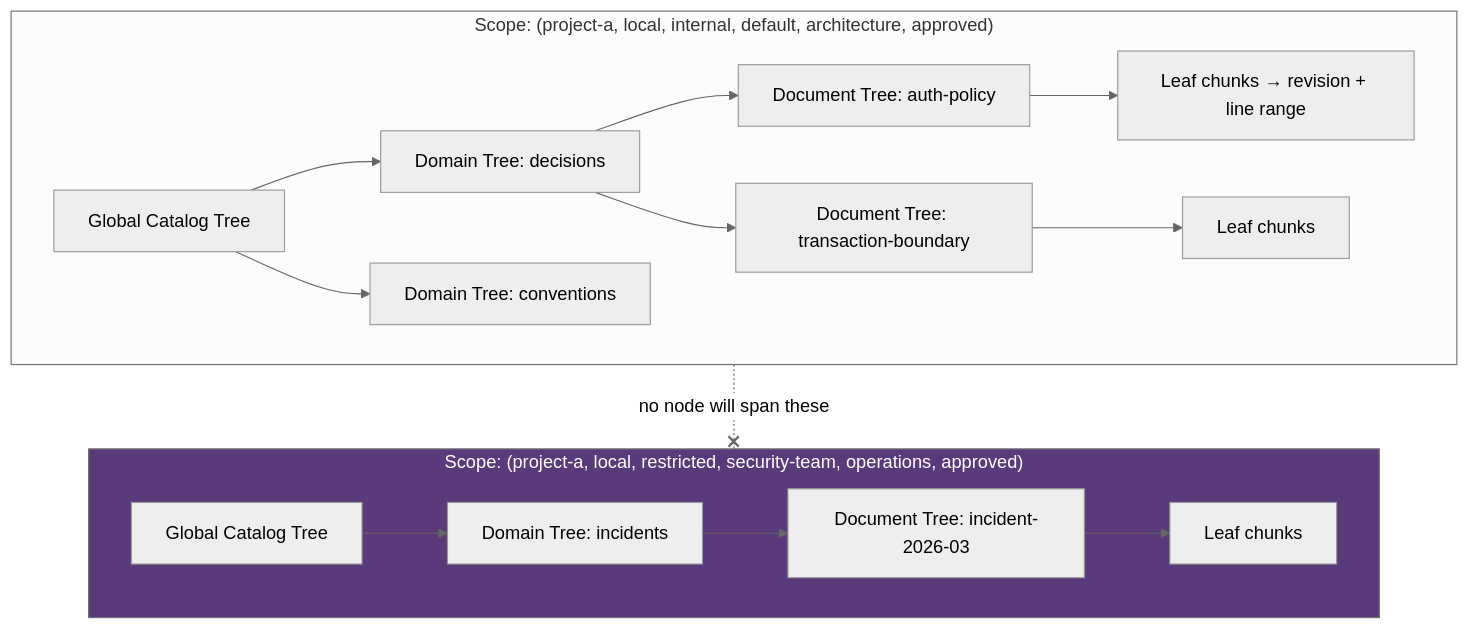
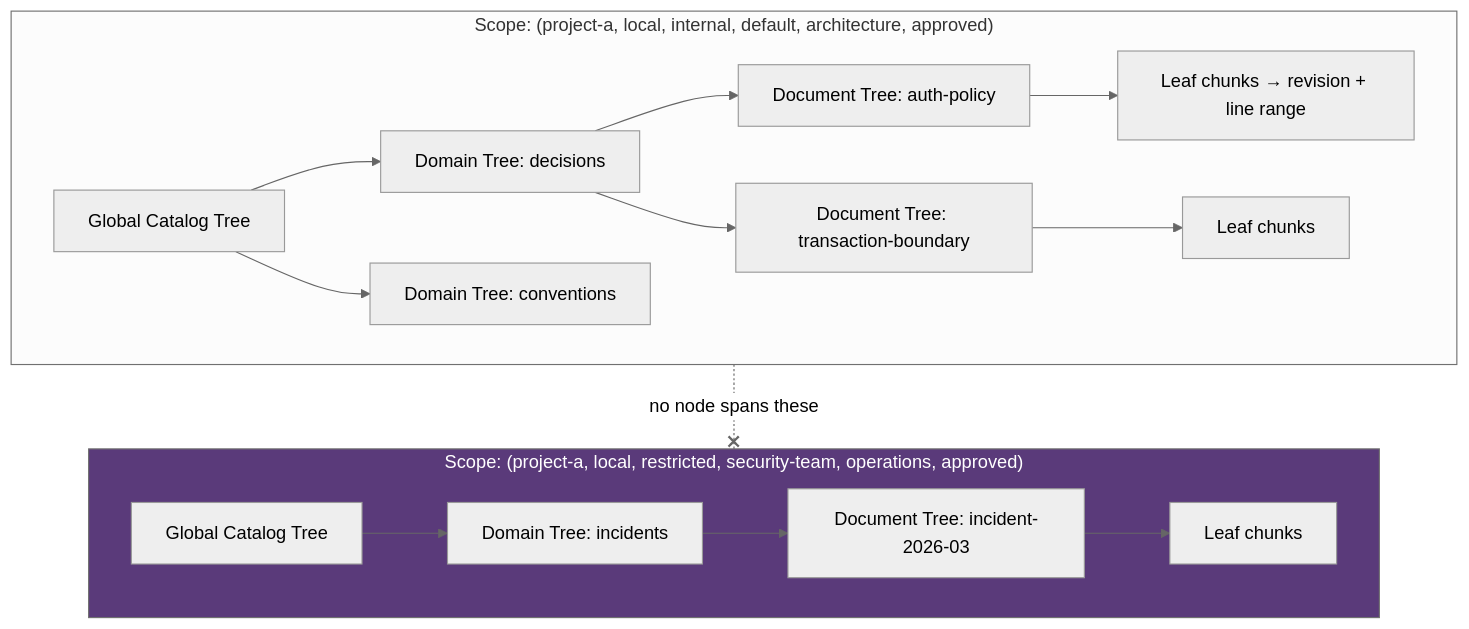
One commit to theurian/theurian changed the first of 3 diagrams in docs/architecture/raptor.md. Above: the diagram before and after it, drawn with Mermaid (neutral theme). The commit also changed other lines of this file and 16 other files, not shown here.

````diff
--- a/docs/architecture/raptor.md
+++ b/docs/architecture/raptor.md
@@ -50,23 +51,23 @@
 ```mermaid
 flowchart TB
     subgraph Scope1["Scope: (project-a, local, internal, default, architecture, approved)"]
         GC1["Global Catalog Tree"]
         GC1 --> DT1["Domain Tree: decisions"]
         GC1 --> DT2["Domain Tree: conventions"]
         DT1 --> DOC1["Document Tree: auth-policy"]
         DT1 --> DOC2["Document Tree: transaction-boundary"]
         DOC1 --> L1["Leaf chunks → revision + line range"]
         DOC2 --> L2["Leaf chunks"]
     end
 
     subgraph Scope2["Scope: (project-a, local, restricted, security-team, operations, approved)"]
         GC2["Global Catalog Tree"]
         GC2 --> DT3["Domain Tree: incidents"]
         DT3 --> DOC3["Document Tree: incident-2026-03"]
         DOC3 --> L3["Leaf chunks"]
     end
 
-    Scope1 -. "no node will span these" .-x Scope2
+    Scope1 -. "no node spans these" .-x Scope2
 
     style Scope2 fill:#5a3a7a,color:#fff
 ```
````
